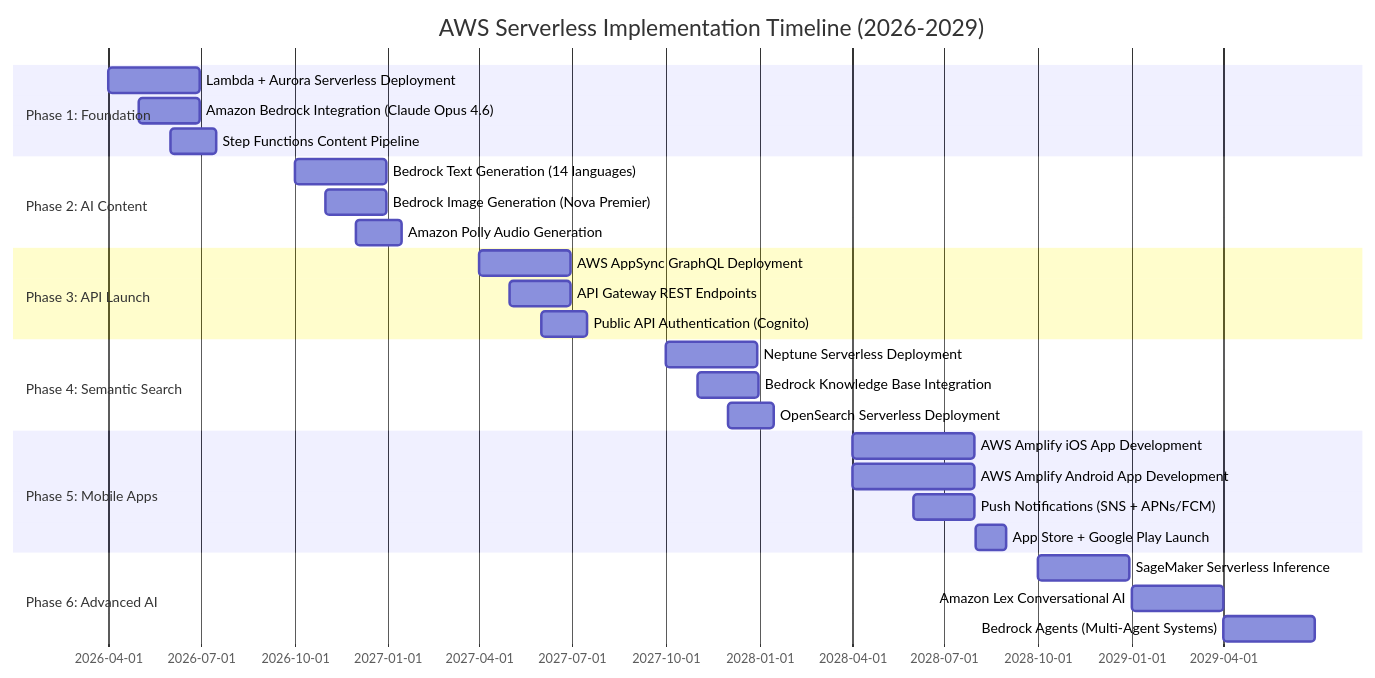
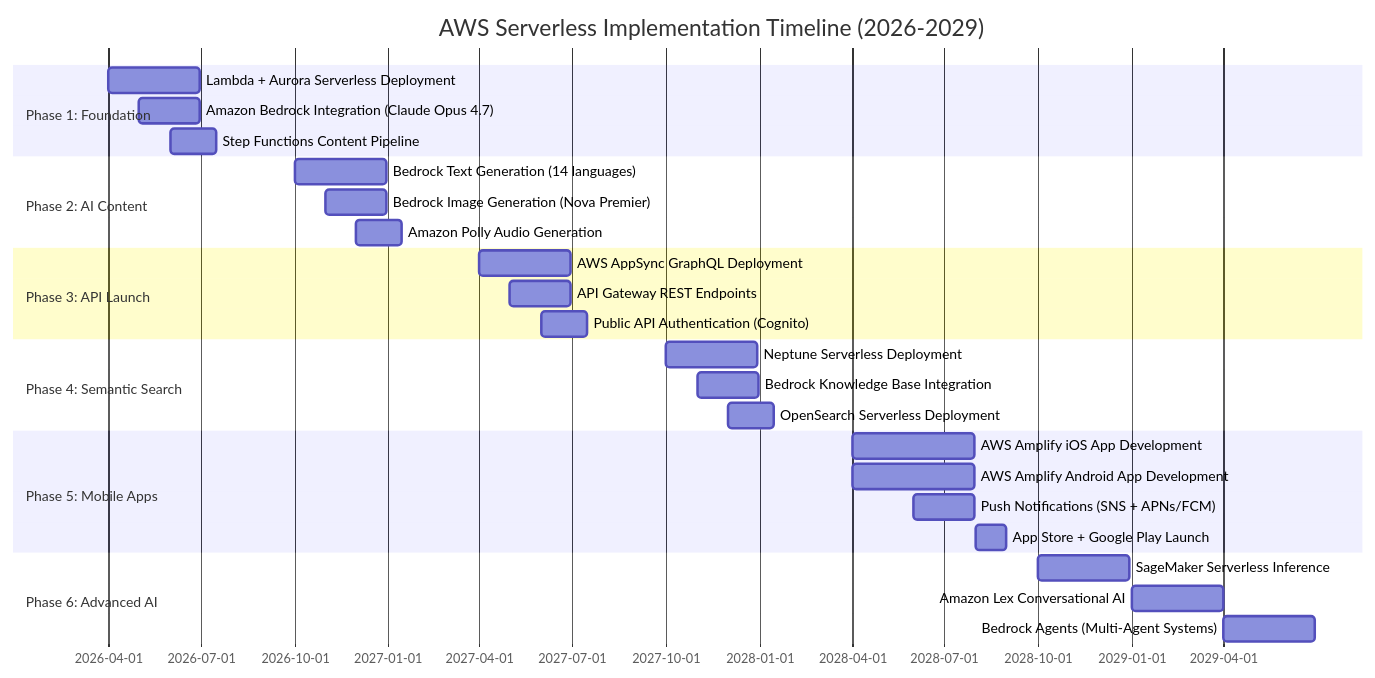
One commit to Hack23/riksdagsmonitor changed the fourth of 14 diagrams in FUTURE_ARCHITECTURE.md. Above: the diagram before and after it, drawn with Mermaid. The commit also changed other lines of this file and 15 other files, not shown here.

First line of the commit message:
Sync all docs/methodology/skills to Claude Opus 4.7

````diff
--- a/FUTURE_ARCHITECTURE.md
+++ b/FUTURE_ARCHITECTURE.md
@@ -777,36 +777,36 @@
 ```mermaid
 gantt
     title AWS Serverless Implementation Timeline (2026-2029)
     dateFormat YYYY-MM-DD
     
     section Phase 1: Foundation
     Lambda + Aurora Serverless Deployment      :2026-04-01, 90d
-    Amazon Bedrock Integration (Claude Opus 4.6)  :2026-05-01, 60d
+    Amazon Bedrock Integration (Claude Opus 4.7)  :2026-05-01, 60d
     Step Functions Content Pipeline            :2026-06-01, 45d
     
     section Phase 2: AI Content
     Bedrock Text Generation (14 languages)     :2026-10-01, 90d
     Bedrock Image Generation (Nova Premier)    :2026-11-01, 60d
     Amazon Polly Audio Generation              :2026-12-01, 45d
     
     section Phase 3: API Launch
     AWS AppSync GraphQL Deployment             :2027-04-01, 90d
     API Gateway REST Endpoints                 :2027-05-01, 60d
     Public API Authentication (Cognito)        :2027-06-01, 45d
     
     section Phase 4: Semantic Search
     Neptune Serverless Deployment              :2027-10-01, 90d
     Bedrock Knowledge Base Integration         :2027-11-01, 60d
     OpenSearch Serverless Deployment           :2027-12-01, 45d
     
     section Phase 5: Mobile Apps
     AWS Amplify iOS App Development            :2028-04-01, 120d
     AWS Amplify Android App Development        :2028-04-01, 120d
     Push Notifications (SNS + APNs/FCM)        :2028-06-01, 60d
     App Store + Google Play Launch             :2028-08-01, 30d
     
     section Phase 6: Advanced AI
     SageMaker Serverless Inference             :2028-10-01, 90d
     Amazon Lex Conversational AI               :2029-01-01, 90d
     Bedrock Agents (Multi-Agent Systems)       :2029-04-01, 90d
 ```
````
